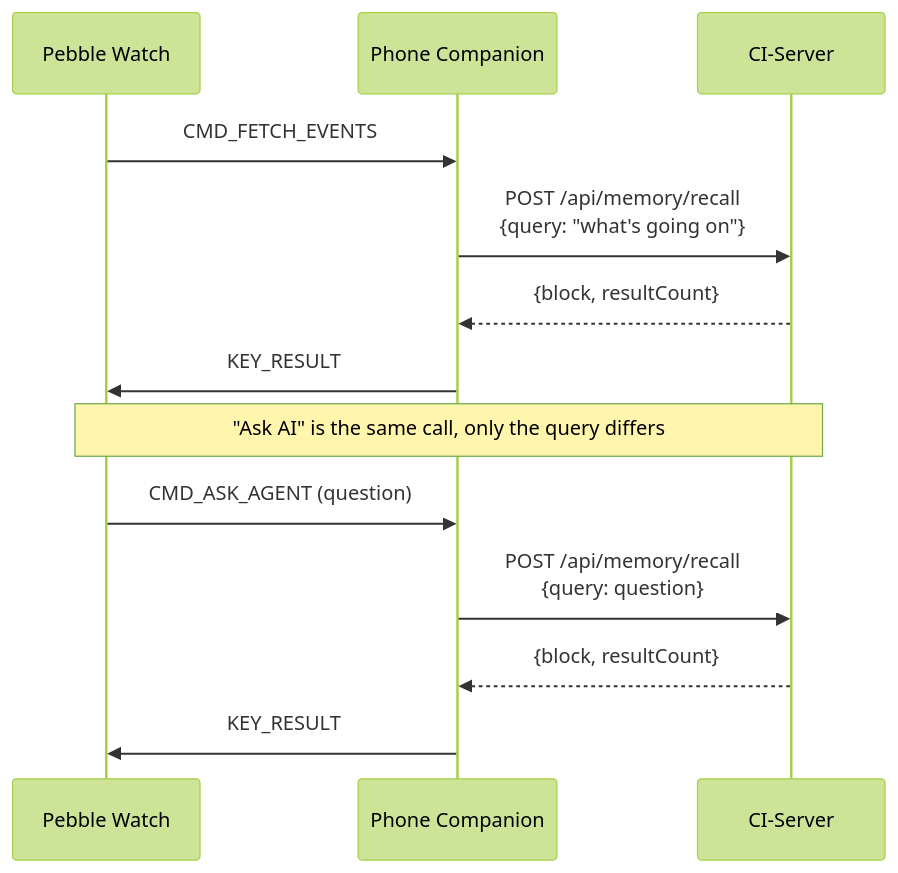
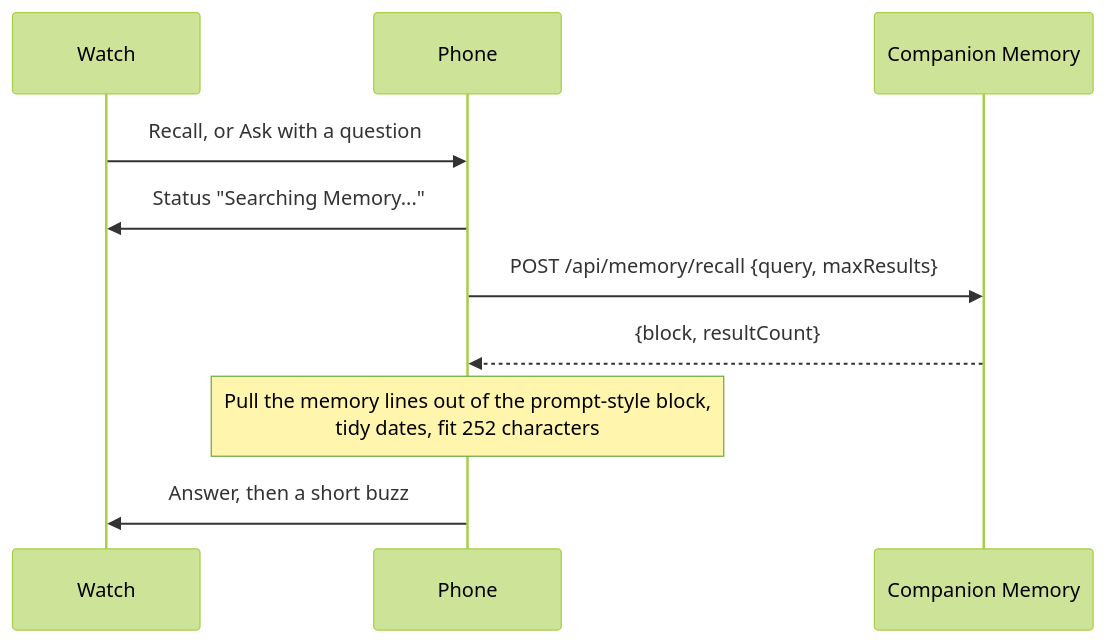
The second of 2 diagrams in README.md (companionintelligence/CI-Pebble), drawn with Mermaid (forest theme) before and after one commit. The commit also changed other lines of this file and 86 other files, not shown here.

First line of the commit message:
Adopt the CI-Common brand; add recorder and planner roadmap

````diff
--- a/README.md
+++ b/README.md
@@ -61,18 +73,12 @@
 ```mermaid
 sequenceDiagram
-    participant W as Pebble Watch
-    participant P as Phone Companion
-    participant S as CI-Server
-
-    W->>P: CMD_FETCH_EVENTS
-    P->>S: POST /api/memory/recall<br/>{query: "what's going on"}
+    participant W as Watch
+    participant P as Phone
+    participant S as Companion Memory
+    W->>P: Recall, or Ask with a question
+    P->>W: Status "Searching Memory..."
+    P->>S: POST /api/memory/recall {query, maxResults}
     S-->>P: {block, resultCount}
-    P->>W: KEY_RESULT
-
-    Note over W,S: "Ask AI" is the same call, only the query differs
-
-    W->>P: CMD_ASK_AGENT (question)
-    P->>S: POST /api/memory/recall<br/>{query: question}
-    S-->>P: {block, resultCount}
-    P->>W: KEY_RESULT
+    Note over P: Pull the memory lines out of the prompt-style block,<br/>tidy dates, fit 252 characters
+    P->>W: Answer, then a short buzz
 ```
````
